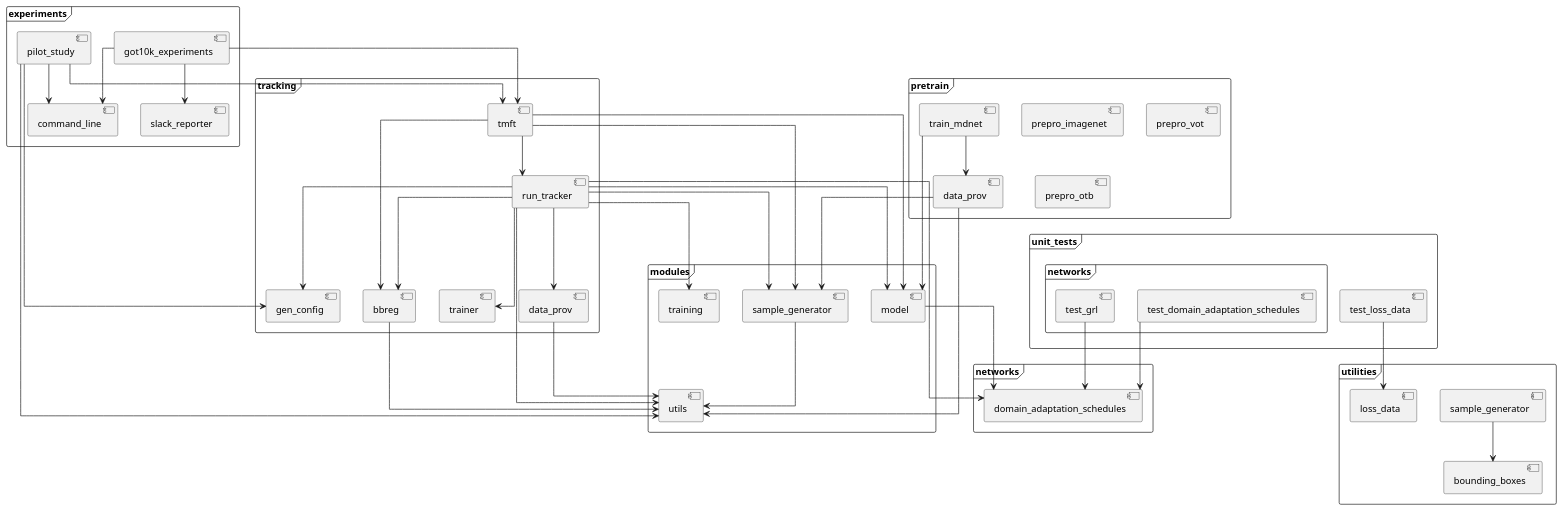
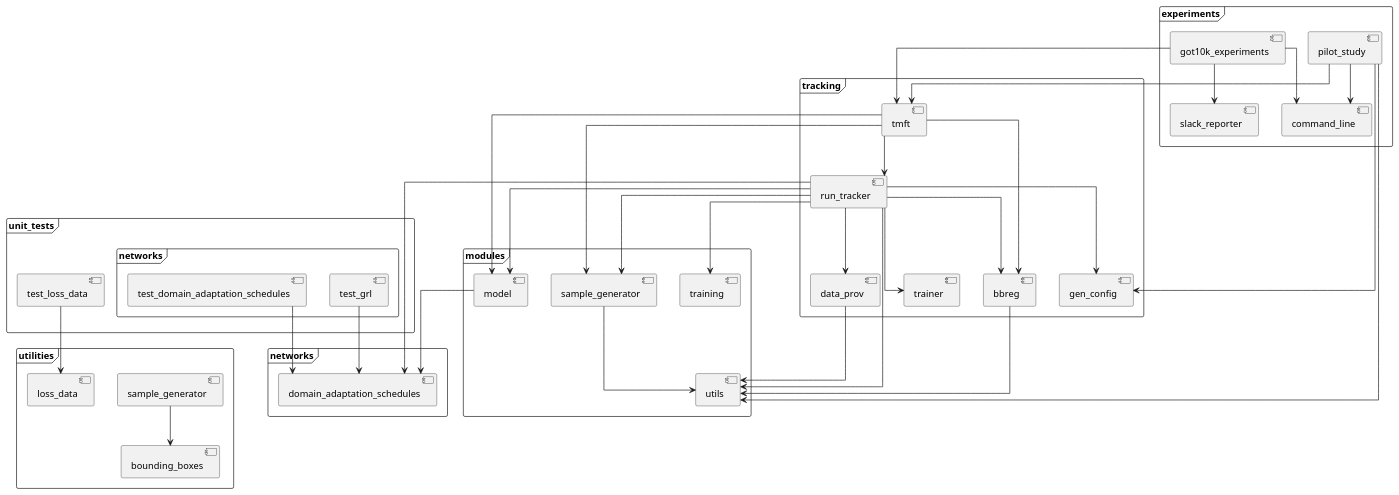
The diagram in docs/source/dependencies.puml (brobeson/tmft), drawn with PlantUML before and after one commit. The commit also changed 8 other files, not shown here.

```diff
--- a/docs/source/dependencies.puml
+++ b/docs/source/dependencies.puml
@@ -1,117 +1,98 @@
 @startuml
 skinparam linetype ortho
-frame networks as networks {
-[domain_adaptation_schedules] as networks.domain_adaptation_schedules
-}
-frame pretrain as pretrain {
-[prepro_imagenet] as pretrain.prepro_imagenet
-}
-frame pretrain as pretrain {
-[train_mdnet] as pretrain.train_mdnet
-}
-frame pretrain as pretrain {
-[data_prov] as pretrain.data_prov
-}
-frame pretrain as pretrain {
-[prepro_vot] as pretrain.prepro_vot
-}
-frame pretrain as pretrain {
-[prepro_otb] as pretrain.prepro_otb
-}
-frame experiments as experiments {
-[slack_reporter] as experiments.slack_reporter
-}
-frame experiments as experiments {
-[command_line] as experiments.command_line
-}
-frame experiments as experiments {
-[pilot_study] as experiments.pilot_study
-}
-frame experiments as experiments {
-[got10k_experiments] as experiments.got10k_experiments
-}
-frame unit_tests as unit_tests {
-[test_loss_data] as unit_tests.test_loss_data
-}
-frame unit_tests as unit_tests {
-frame networks as unit_tests.networks {
-[test_domain_adaptation_schedules] as unit_tests.networks.test_domain_adaptation_schedules
-}
-}
-frame unit_tests as unit_tests {
-frame networks as unit_tests.networks {
-[test_grl] as unit_tests.networks.test_grl
-}
-}
-frame tracking as tracking {
-[run_tracker] as tracking.run_tracker
-}
-frame tracking as tracking {
-[tmft] as tracking.tmft
-}
-frame tracking as tracking {
-[bbreg] as tracking.bbreg
-}
-frame tracking as tracking {
-[data_prov] as tracking.data_prov
-}
-frame tracking as tracking {
-[trainer] as tracking.trainer
-}
-frame tracking as tracking {
-[gen_config] as tracking.gen_config
-}
 frame utilities as utilities {
 [bounding_boxes] as utilities.bounding_boxes
 }
 frame utilities as utilities {
 [sample_generator] as utilities.sample_generator
 }
 frame utilities as utilities {
 [loss_data] as utilities.loss_data
 }
-frame modules as modules {
-[utils] as modules.utils
+frame unit_tests as unit_tests {
+[test_loss_data] as unit_tests.test_loss_data
 }
-frame modules as modules {
-[model] as modules.model
+frame unit_tests as unit_tests {
+frame networks as unit_tests.networks {
+[test_grl] as unit_tests.networks.test_grl
+}
+}
+frame unit_tests as unit_tests {
+frame networks as unit_tests.networks {
+[test_domain_adaptation_schedules] as unit_tests.networks.test_domain_adaptation_schedules
+}
+}
+frame tracking as tracking {
+[trainer] as tracking.trainer
+}
+frame tracking as tracking {
+[run_tracker] as tracking.run_tracker
+}
+frame tracking as tracking {
+[gen_config] as tracking.gen_config
+}
+frame tracking as tracking {
+[tmft] as tracking.tmft
+}
+frame tracking as tracking {
+[data_prov] as tracking.data_prov
+}
+frame tracking as tracking {
+[bbreg] as tracking.bbreg
 }
 frame modules as modules {
 [sample_generator] as modules.sample_generator
 }
 frame modules as modules {
 [training] as modules.training
 }
-[pretrain.train_mdnet] --> [pretrain.data_prov]
-[pretrain.train_mdnet] --> [modules.model]
-[pretrain.data_prov] --> [modules.utils]
-[pretrain.data_prov] --> [modules.sample_generator]
-[experiments.pilot_study] --> [modules.utils]
-[experiments.pilot_study] --> [experiments.command_line]
-[experiments.pilot_study] --> [tracking.gen_config]
-[experiments.pilot_study] --> [tracking.tmft]
-[experiments.got10k_experiments] --> [experiments.slack_reporter]
-[experiments.got10k_experiments] --> [experiments.command_line]
-[experiments.got10k_experiments] --> [tracking.tmft]
+frame modules as modules {
+[utils] as modules.utils
+}
+frame modules as modules {
+[model] as modules.model
+}
+frame experiments as experiments {
+[got10k_experiments] as experiments.got10k_experiments
+}
+frame experiments as experiments {
+[command_line] as experiments.command_line
+}
+frame experiments as experiments {
+[pilot_study] as experiments.pilot_study
+}
+frame experiments as experiments {
+[slack_reporter] as experiments.slack_reporter
+}
+frame networks as networks {
+[domain_adaptation_schedules] as networks.domain_adaptation_schedules
+}
+[utilities.sample_generator] --> [utilities.bounding_boxes]
 [unit_tests.test_loss_data] --> [utilities.loss_data]
+[unit_tests.networks.test_grl] --> [networks.domain_adaptation_schedules]
 [unit_tests.networks.test_domain_adaptation_schedules] --> [networks.domain_adaptation_schedules]
-[unit_tests.networks.test_grl] --> [networks.domain_adaptation_schedules]
-[tracking.run_tracker] --> [tracking.gen_config]
-[tracking.run_tracker] --> [modules.training]
+[tracking.run_tracker] --> [tracking.trainer]
+[tracking.run_tracker] --> [modules.utils]
+[tracking.run_tracker] --> [tracking.data_prov]
 [tracking.run_tracker] --> [modules.sample_generator]
 [tracking.run_tracker] --> [tracking.bbreg]
 [tracking.run_tracker] --> [networks.domain_adaptation_schedules]
-[tracking.run_tracker] --> [tracking.data_prov]
-[tracking.run_tracker] --> [modules.utils]
+[tracking.run_tracker] --> [tracking.gen_config]
 [tracking.run_tracker] --> [modules.model]
-[tracking.run_tracker] --> [tracking.trainer]
+[tracking.run_tracker] --> [modules.training]
+[tracking.tmft] --> [modules.model]
+[tracking.tmft] --> [modules.sample_generator]
 [tracking.tmft] --> [tracking.run_tracker]
 [tracking.tmft] --> [tracking.bbreg]
-[tracking.tmft] --> [modules.model]
-[tracking.tmft] --> [modules.sample_generator]
+[tracking.data_prov] --> [modules.utils]
 [tracking.bbreg] --> [modules.utils]
-[tracking.data_prov] --> [modules.utils]
-[utilities.sample_generator] --> [utilities.bounding_boxes]
+[modules.sample_generator] --> [modules.utils]
 [modules.model] --> [networks.domain_adaptation_schedules]
-[modules.sample_generator] --> [modules.utils]
+[experiments.got10k_experiments] --> [tracking.tmft]
+[experiments.got10k_experiments] --> [experiments.command_line]
+[experiments.got10k_experiments] --> [experiments.slack_reporter]
+[experiments.pilot_study] --> [tracking.gen_config]
+[experiments.pilot_study] --> [modules.utils]
+[experiments.pilot_study] --> [experiments.command_line]
+[experiments.pilot_study] --> [tracking.tmft]
 @enduml
```
